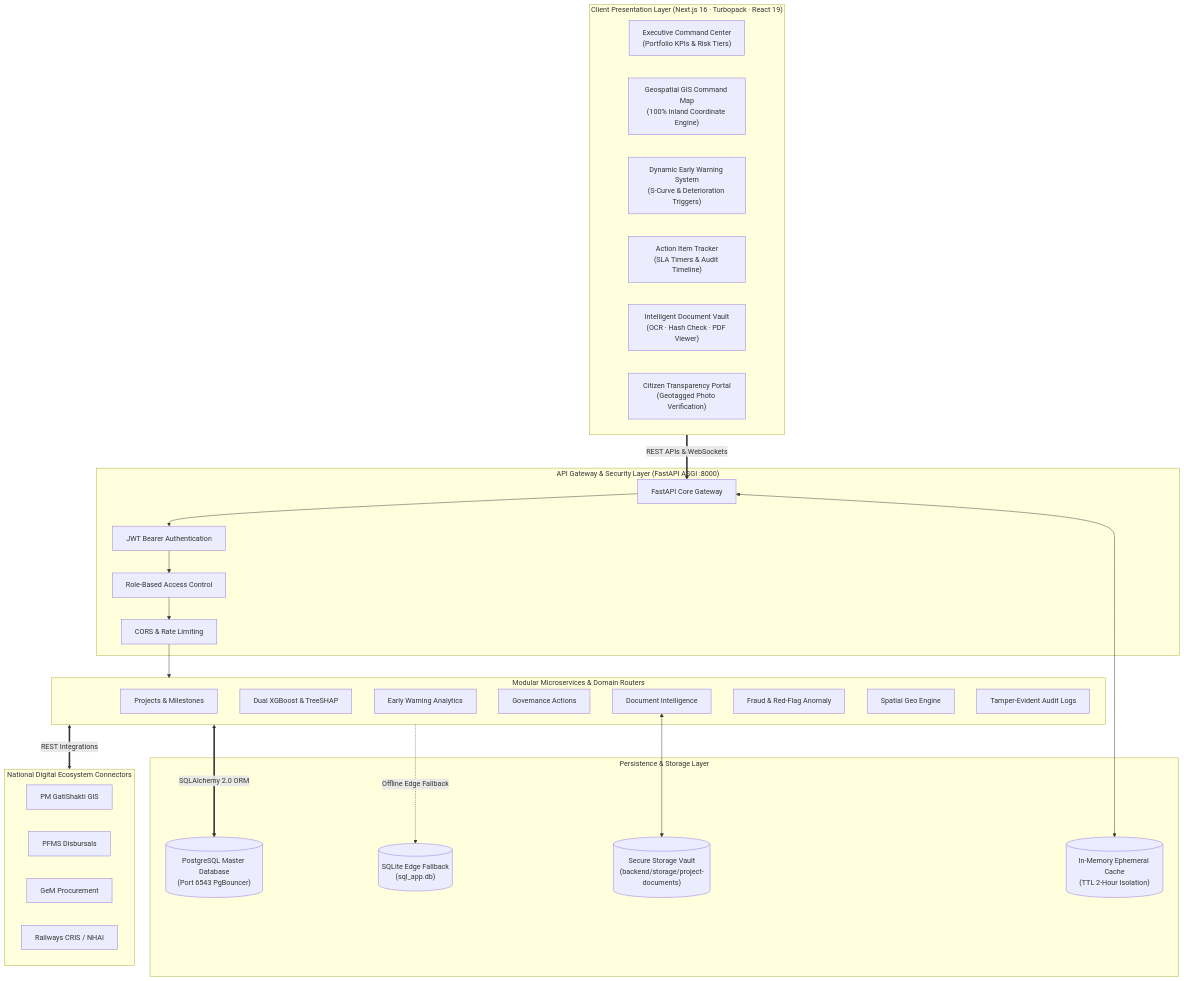
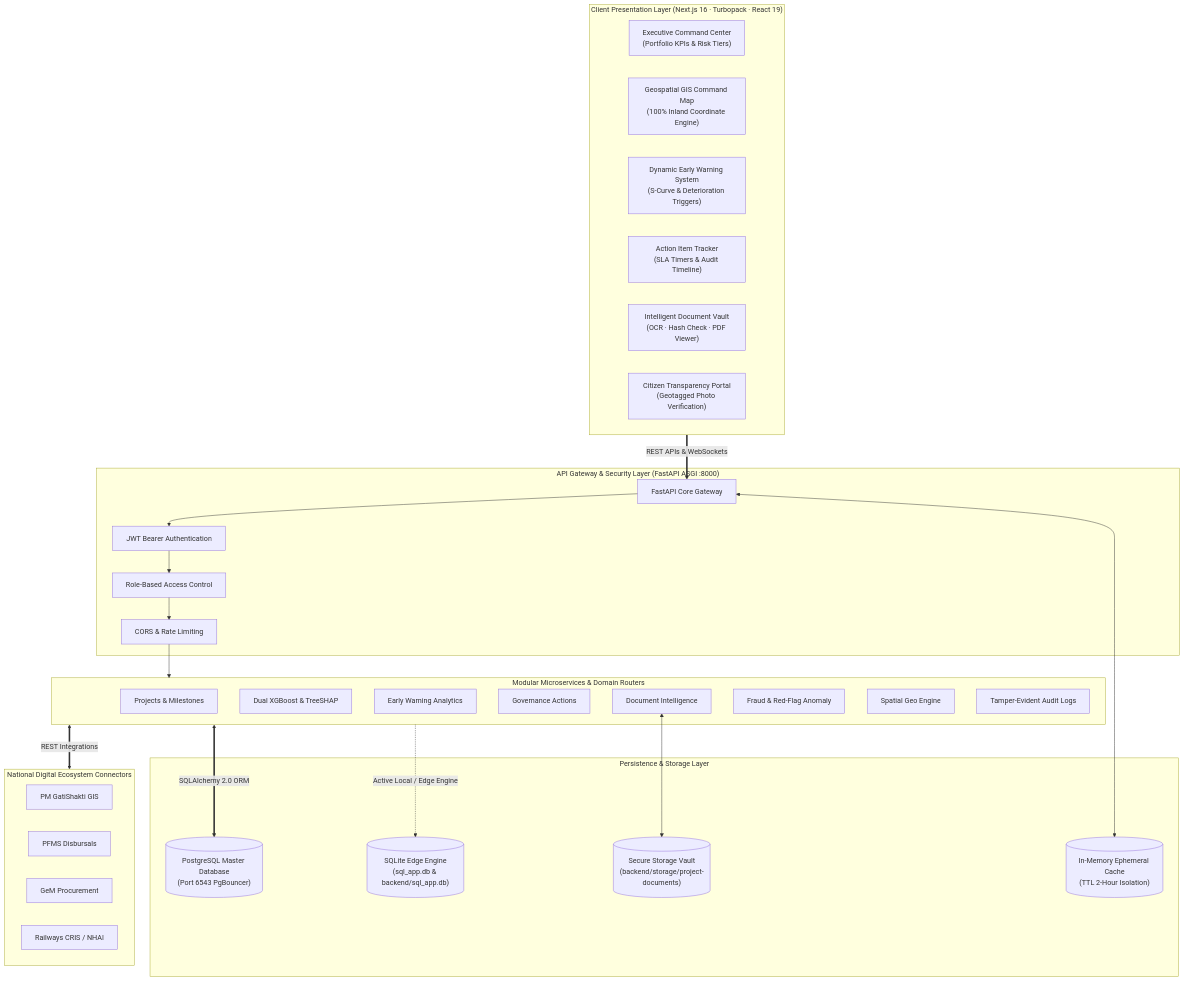
Before and after one commit to vedant1506/SIH-26: the second of 3 diagrams in README.md, drawn with Mermaid. The commit also changed other lines of this file and 33 other files, not shown here.

Commit message:
feat(geo-risk-map): authoritative rebuild for all 1,981 projects, eliminate CSMT clustering, and update README & ARCHITECTURE specs

````diff
--- a/README.md
+++ b/README.md
@@ -51,51 +54,51 @@
 ```mermaid
 flowchart TB
     subgraph Client_Layer["Client Presentation Layer (Next.js 16 · Turbopack · React 19)"]
         UI_DASH["Executive Command Center\n(Portfolio KPIs & Risk Tiers)"]
         UI_GIS["Geospatial GIS Command Map\n(100% Inland Coordinate Engine)"]
         UI_WARN["Dynamic Early Warning System\n(S-Curve & Deterioration Triggers)"]
         UI_ACT["Action Item Tracker\n(SLA Timers & Audit Timeline)"]
         UI_DOC["Intelligent Document Vault\n(OCR · Hash Check · PDF Viewer)"]
         UI_CIT["Citizen Transparency Portal\n(Geotagged Photo Verification)"]
     end
 
     subgraph Gateway_Layer["API Gateway & Security Layer (FastAPI ASGI :8000)"]
         GW["FastAPI Core Gateway"]
         JWT["JWT Bearer Authentication"]
         RBAC["Role-Based Access Control"]
         CORS["CORS & Rate Limiting"]
     end
 
     subgraph Service_Engine["Modular Microservices & Domain Routers"]
         S_PROJ["Projects & Milestones"]
         S_ML["Dual XGBoost & TreeSHAP"]
         S_WARN["Early Warning Analytics"]
         S_ACT["Governance Actions"]
         S_DOC["Document Intelligence"]
         S_FRAUD["Fraud & Red-Flag Anomaly"]
         S_GEO["Spatial Geo Engine"]
         S_AUDIT["Tamper-Evident Audit Logs"]
     end
 
     subgraph Data_Storage["Persistence & Storage Layer"]
         DB_PG[("PostgreSQL Master Database\n(Port 6543 PgBouncer)")]
-        DB_SQLITE[("SQLite Edge Fallback\n(sql_app.db)")]
+        DB_SQLITE[("SQLite Edge Engine\n(sql_app.db & backend/sql_app.db)")]
         VAULT[("Secure Storage Vault\n(backend/storage/project-documents)")]
         CACHE[("In-Memory Ephemeral Cache\n(TTL 2-Hour Isolation)")]
     end
 
     subgraph National_Gateways["National Digital Ecosystem Connectors"]
         EXT1["PM GatiShakti GIS"]
         EXT2["PFMS Disbursals"]
         EXT3["GeM Procurement"]
         EXT4["Railways CRIS / NHAI"]
     end
 
     Client_Layer ==>|"REST APIs & WebSockets"| GW
     GW --> JWT --> RBAC --> CORS --> Service_Engine
     Service_Engine <==>|"SQLAlchemy 2.0 ORM"| DB_PG
-    Service_Engine -.->|"Offline Edge Fallback"| DB_SQLITE
+    Service_Engine -.->|"Active Local / Edge Engine"| DB_SQLITE
     S_DOC <--> VAULT
     GW <--> CACHE
     Service_Engine <==>|"REST Integrations"| National_Gateways
 ```
````
